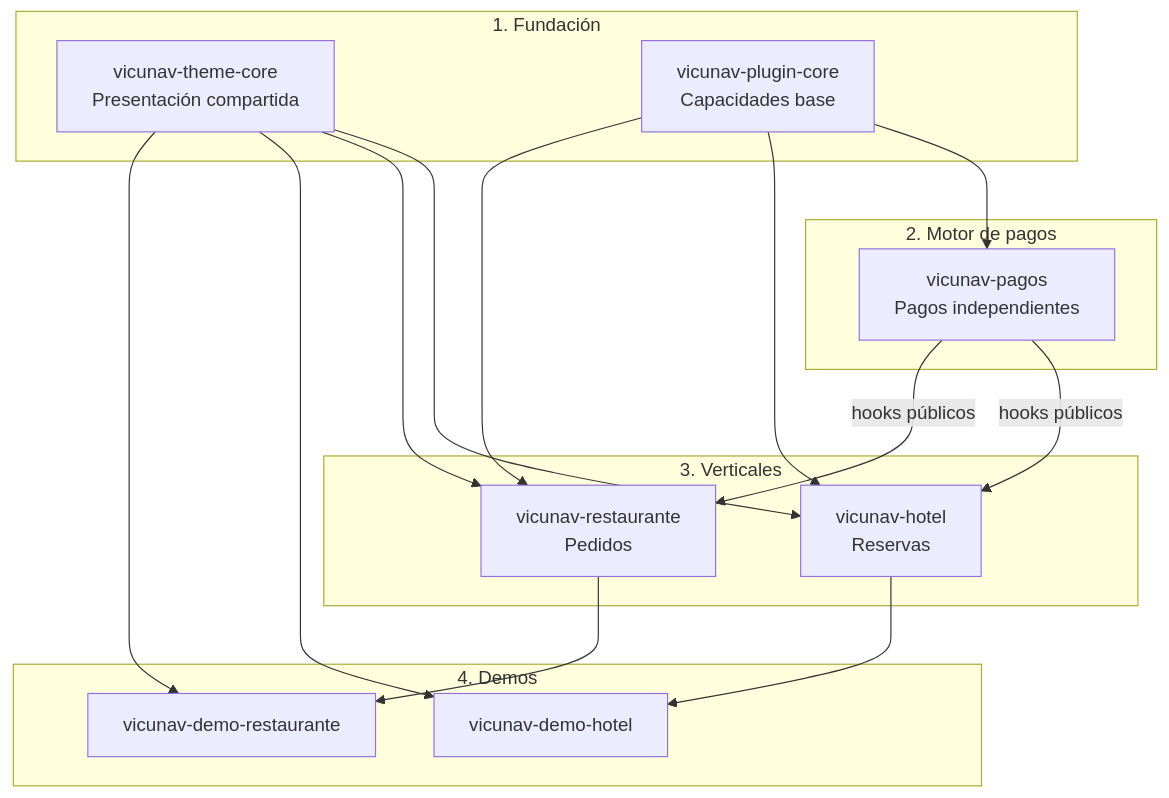
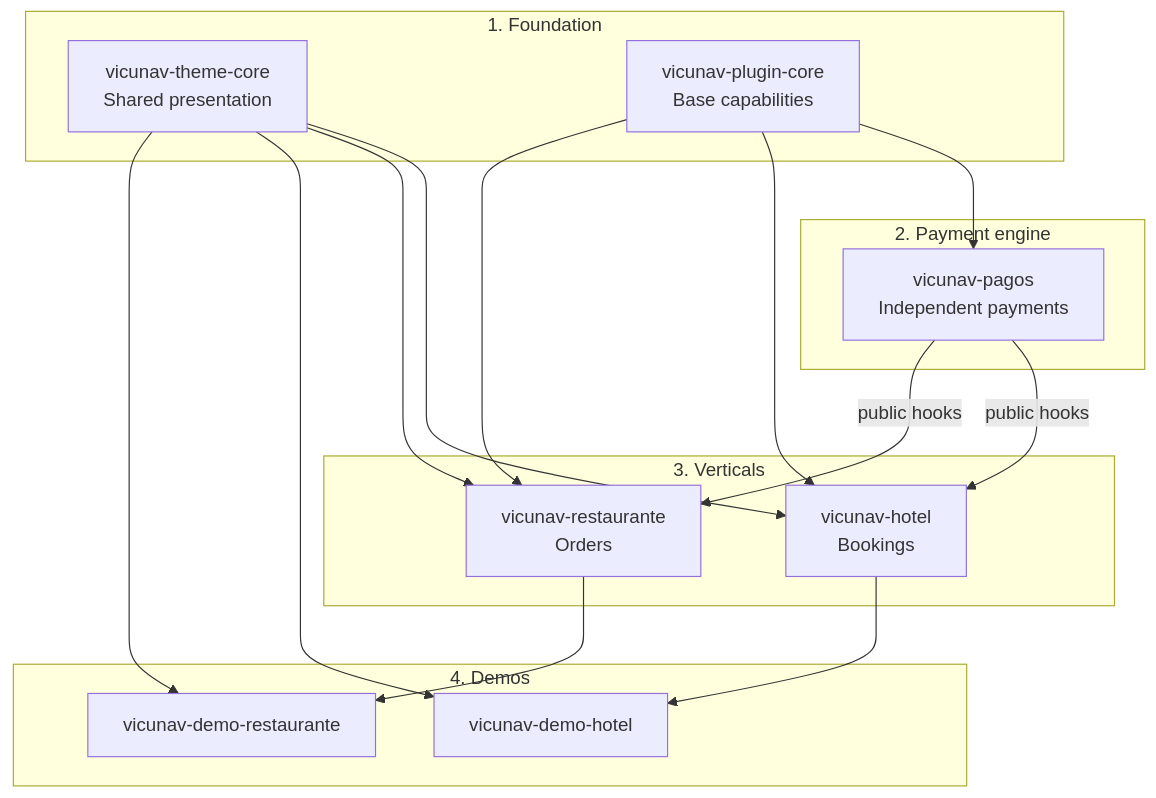
Before and after one commit to vicunav/vicunav-hub: the diagram in README.md, drawn with Mermaid. The commit also changed other lines of this file, not shown here.

````diff
--- a/README.md
+++ b/README.md
@@ -13,33 +13,33 @@
 ```mermaid
 flowchart TB
-    subgraph foundation["1. Fundación"]
-        theme["vicunav-theme-core<br/>Presentación compartida"]
-        plugin["vicunav-plugin-core<br/>Capacidades base"]
+    subgraph foundation["1. Foundation"]
+        theme["vicunav-theme-core<br/>Shared presentation"]
+        plugin["vicunav-plugin-core<br/>Base capabilities"]
     end
 
-    subgraph payments["2. Motor de pagos"]
-        payment["vicunav-pagos<br/>Pagos independientes"]
+    subgraph payments["2. Payment engine"]
+        payment["vicunav-pagos<br/>Independent payments"]
     end
 
-    subgraph verticals["3. Verticales"]
-        hotel["vicunav-hotel<br/>Reservas"]
-        restaurant["vicunav-restaurante<br/>Pedidos"]
+    subgraph verticals["3. Verticals"]
+        hotel["vicunav-hotel<br/>Bookings"]
+        restaurant["vicunav-restaurante<br/>Orders"]
     end
 
     subgraph demos["4. Demos"]
         demo_hotel["vicunav-demo-hotel"]
         demo_restaurant["vicunav-demo-restaurante"]
     end
 
     plugin --> payment
     theme --> hotel
     theme --> restaurant
     plugin --> hotel
     plugin --> restaurant
-    payment -->|hooks públicos| hotel
-    payment -->|hooks públicos| restaurant
+    payment -->|public hooks| hotel
+    payment -->|public hooks| restaurant
     theme --> demo_hotel
     theme --> demo_restaurant
     hotel --> demo_hotel
     restaurant --> demo_restaurant
 ```
````
